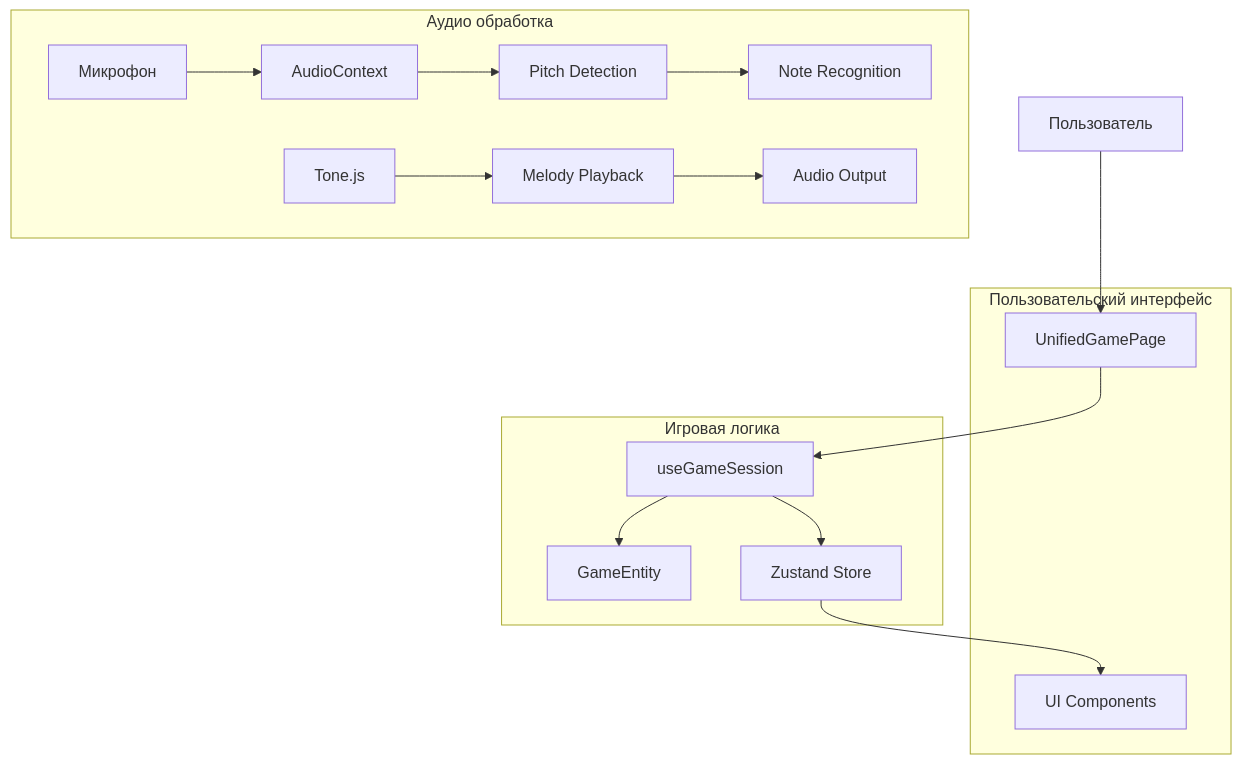
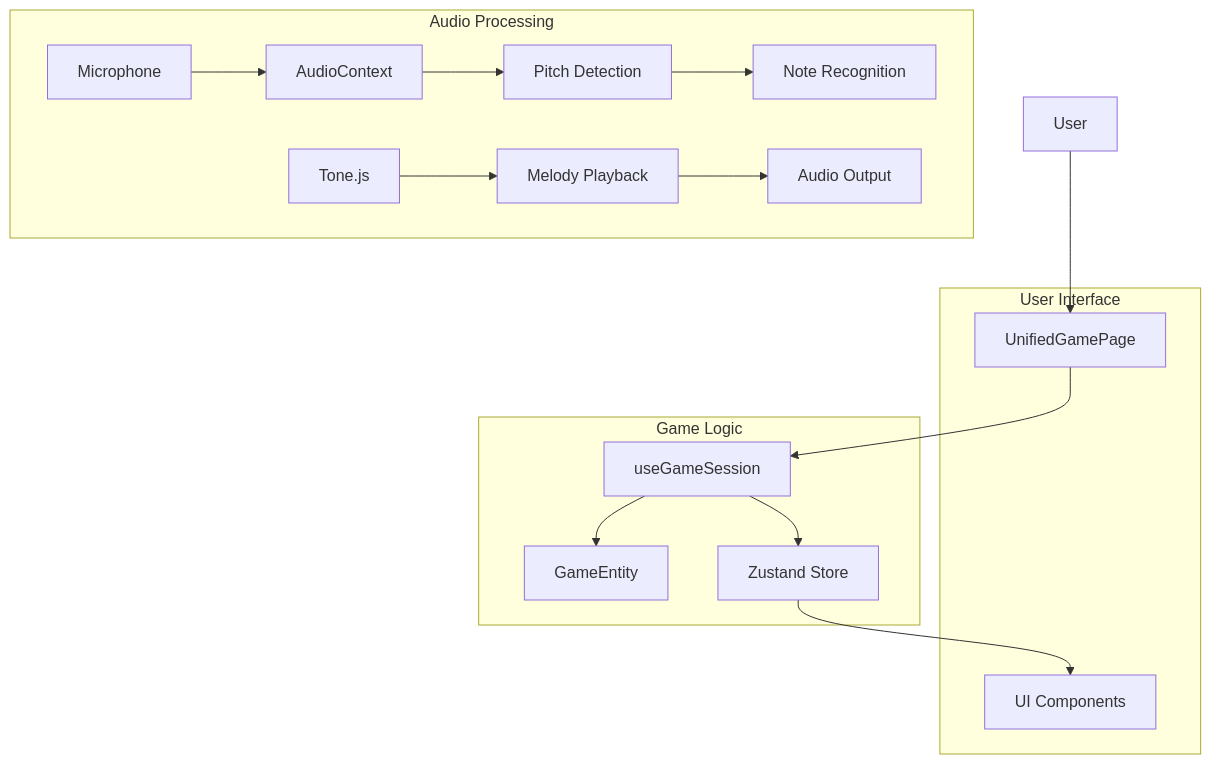
Before and after one commit to dsigitovich/ear-warrior: the fifth of 7 diagrams in DOCUMENTATION.md, drawn with Mermaid. The commit also changed other lines of this file, not shown here.

````diff
--- a/DOCUMENTATION.md
+++ b/DOCUMENTATION.md
@@ -157,37 +157,37 @@
 ```mermaid
 graph TB
-    A[Пользователь] --> B[UnifiedGamePage]
+    A[User] --> B[UnifiedGamePage]
     B --> C[useGameSession]
     C --> D[GameEntity]
     
-    E[Микрофон] --> F[AudioContext]
+    E[Microphone] --> F[AudioContext]
     F --> G[Pitch Detection]
     G --> H[Note Recognition]
     
     I[Tone.js] --> J[Melody Playback]
     J --> K[Audio Output]
     
     C --> L[Zustand Store]
     L --> M[UI Components]
     
-    subgraph "Пользовательский интерфейс"
+    subgraph "User Interface"
         B
         M
     end
     
-    subgraph "Игровая логика"
+    subgraph "Game Logic"
         C
         D
         L
     end
     
-    subgraph "Аудио обработка"
+    subgraph "Audio Processing"
         E
         F
         G
         H
         I
         J
         K
     end
 ```
````
